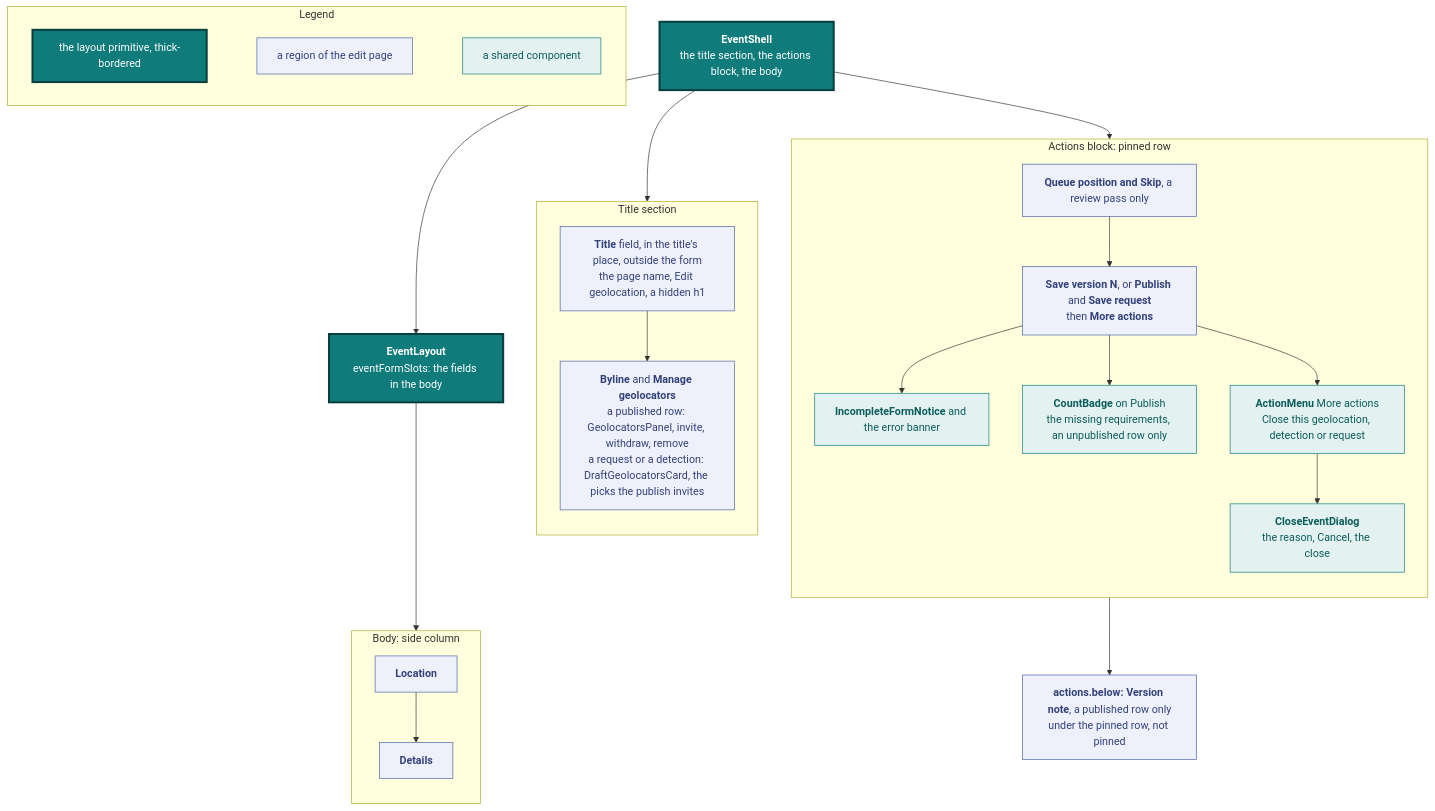
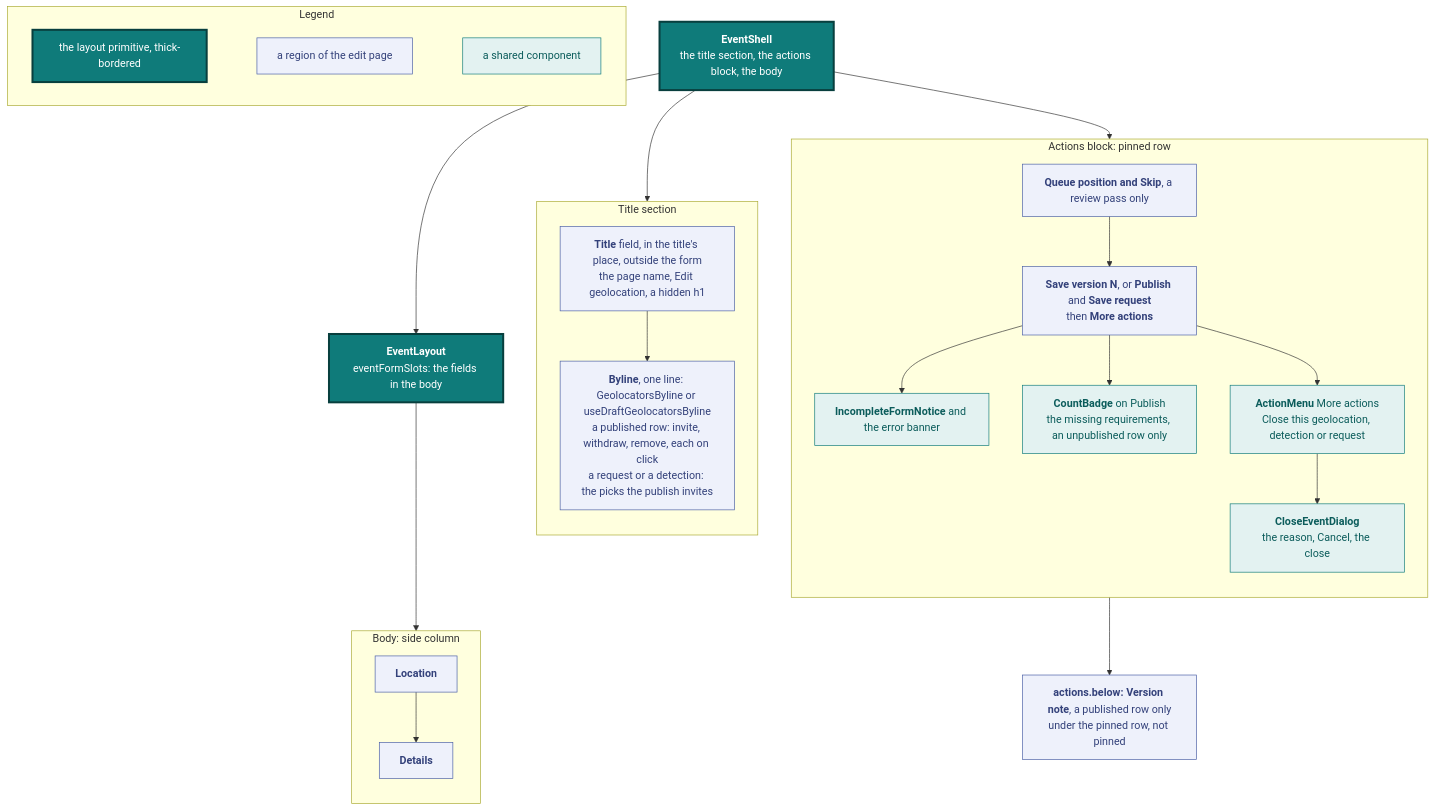
Diagram 11 of 15 in docs/design.md (vidithq/vidit), drawn with Mermaid before and after one commit. The commit also changed other lines of this file and 18 other files, not shown here.

First line of the commit message:
feat(frontend): manage the geolocators in the byline with a popover picker

````diff
--- a/docs/design.md
+++ b/docs/design.md
@@ -1046,60 +1043,60 @@
 ```mermaid
 flowchart TB
   classDef spec fill:#eef1fb,stroke:#4a5fa5,color:#33417a
   classDef shared fill:#e3f2f1,stroke:#0f7b7a,color:#0b5c5b
   classDef core fill:#0f7b7a,stroke:#083f3e,stroke-width:3px,color:#ffffff
 
   subgraph legend [Legend]
     direction LR
     l1["`the layout primitive, thick-bordered`"]:::core
     l2["`a region of the edit page`"]:::spec
     l3["`a shared component`"]:::shared
     l1 ~~~ l2 ~~~ l3
   end
 
   shell["`**EventShell**
   the title section, the actions block, the body`"]:::core
   layout["`**EventLayout**
   eventFormSlots: the fields in the body`"]:::core
 
   subgraph titlesection [Title section]
     direction TB
     title["`**Title** field, in the title's place, outside the form
     the page name, Edit geolocation, a hidden h1`"]:::spec
-    byline["`**Byline** and **Manage geolocators**
-    a published row: GeolocatorsPanel, invite, withdraw, remove
-    a request or a detection: DraftGeolocatorsCard, the picks the publish invites`"]:::spec
+    byline["`**Byline**, one line: GeolocatorsByline or useDraftGeolocatorsByline
+    a published row: invite, withdraw, remove, each on click
+    a request or a detection: the picks the publish invites`"]:::spec
     title --> byline
   end
 
   subgraph rail [Actions block: pinned row]
     direction TB
     queue["`**Queue position and Skip**, a review pass only`"]:::spec
     actions["`**Save version N**, or **Publish** and **Save request**
     then **More actions**`"]:::spec
     count["`**CountBadge** on Publish
     the missing requirements, an unpublished row only`"]:::shared
     banners["`**IncompleteFormNotice** and the error banner`"]:::shared
     menu["`**ActionMenu** More actions
     Close this geolocation, detection or request`"]:::shared
     dialog["`**CloseEventDialog**
     the reason, Cancel, the close`"]:::shared
     queue --> actions --> banners
     actions --> count
     actions --> menu --> dialog
   end
 
   note["`**actions.below: Version note**, a published row only
   under the pinned row, not pinned`"]:::spec
 
   subgraph side [Body: side column]
     direction TB
     location["`**Location**`"]:::spec
     details["`**Details**`"]:::spec
     location --> details
   end
 
   shell --> titlesection
   shell --> rail --> note
   shell --> layout --> side
 ```
````
